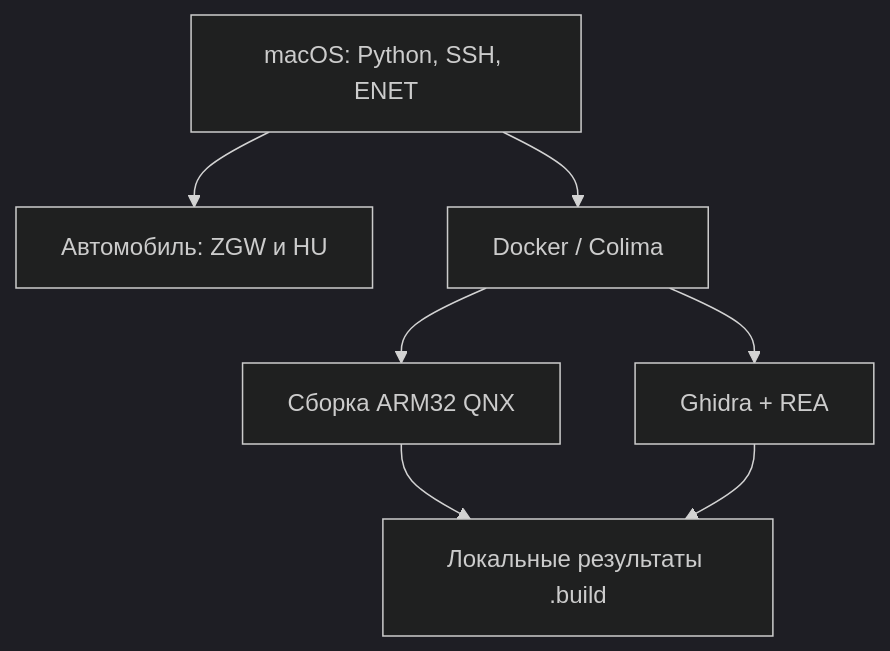
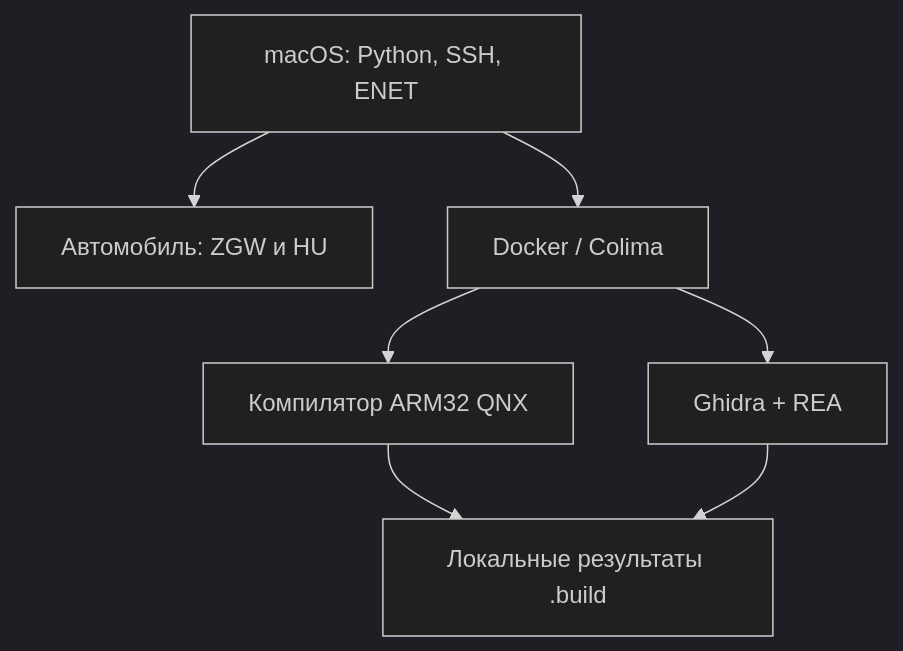
Before and after one commit to untoco/nbt_evo: the diagram in README.md, drawn with Mermaid (dark theme). The commit also changed other lines of this file and 49 other files, not shown here.

````diff
--- a/README.md
+++ b/README.md
@@ -12,9 +11,9 @@
 ```mermaid
 flowchart TD
     M[macOS: Python, SSH, ENET] --> C[Автомобиль: ZGW и HU]
     M --> D[Docker / Colima]
-    D --> Q[Сборка ARM32 QNX]
+    D --> Q[Компилятор ARM32 QNX]
     D --> R[Ghidra + REA]
     Q --> L[Локальные результаты .build]
     R --> L
 ```
````
